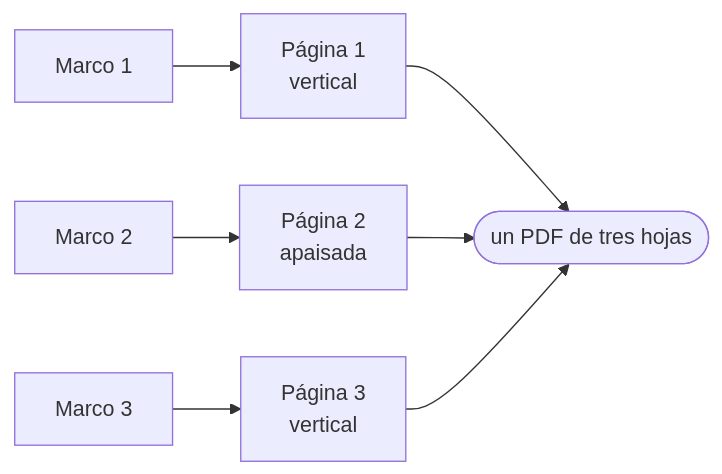
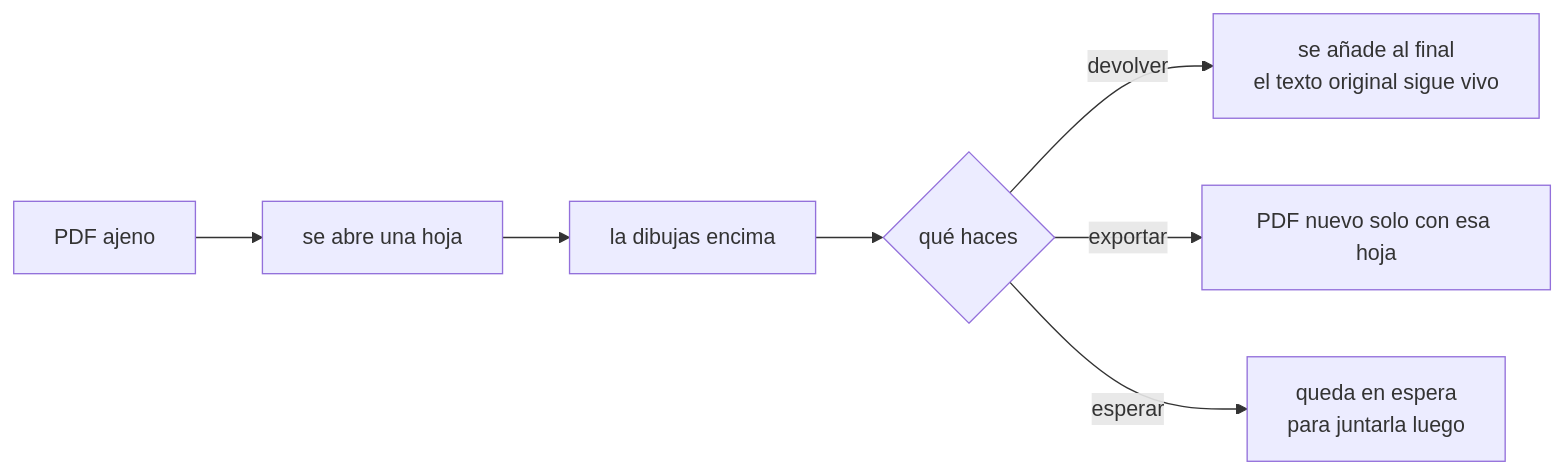
The second of 3 diagrams in docs/motor.md (1xmanMAX/PIXPIN_PRO_ANDROID), drawn with Mermaid before and after one commit. The commit also changed other lines of this file and 13 other files, not shown here.

````diff
--- a/docs/motor.md
+++ b/docs/motor.md
@@ -370,7 +130,9 @@
 ```mermaid
 flowchart LR
-    M1[Marco 1] --> P1[Página 1<br/>vertical]
-    M2[Marco 2] --> P2[Página 2<br/>apaisada]
-    M3[Marco 3] --> P3[Página 3<br/>vertical]
-    P1 & P2 & P3 --> PDF([un PDF de tres hojas])
+    A[PDF ajeno] --> B[se abre una hoja]
+    B --> C[la dibujas encima]
+    C --> D{qué haces}
+    D -->|devolver| E[se añade al final<br/>el texto original sigue vivo]
+    D -->|exportar| F[PDF nuevo solo con esa hoja]
+    D -->|esperar| G[queda en espera<br/>para juntarla luego]
 ```
````
